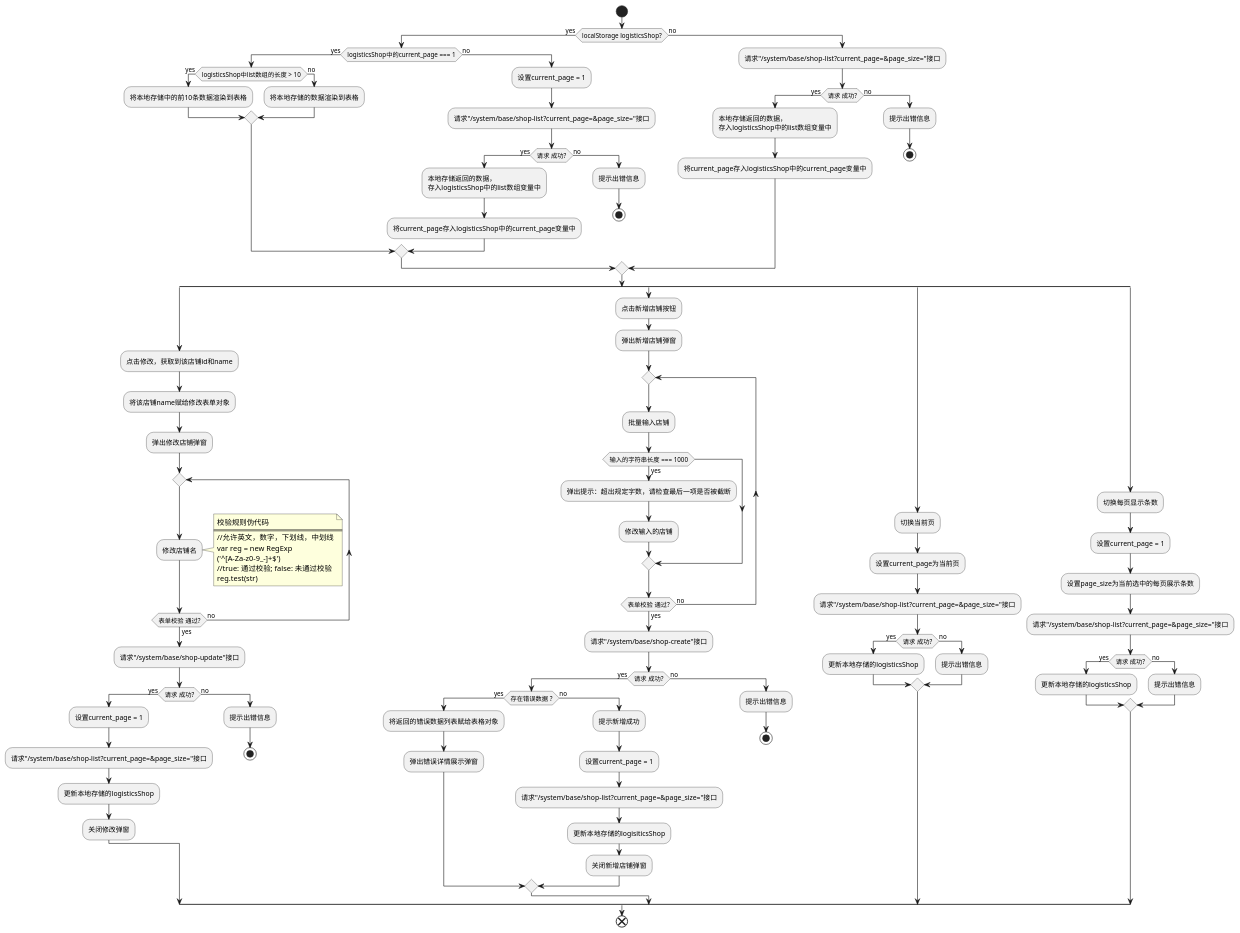
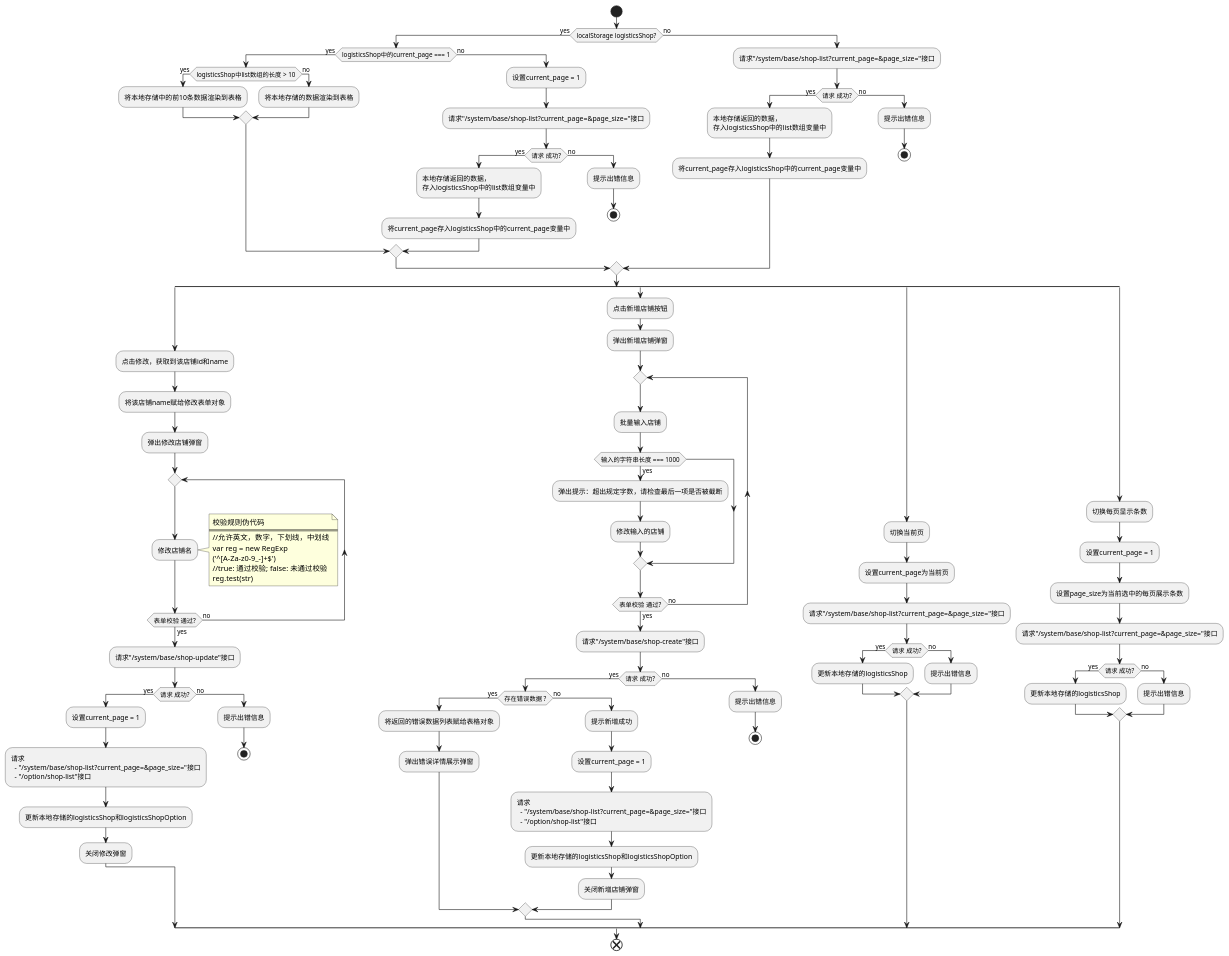
The diagram in docs/development-flow-diagram.puml/system/get-shop-list.puml (futurekidult/lis), drawn with PlantUML before and after one commit. The commit also changed 9 other files, not shown here.

```diff
--- a/docs/development-flow-diagram.puml/system/get-shop-list.puml
+++ b/docs/development-flow-diagram.puml/system/get-shop-list.puml
@@ -1,108 +1,112 @@
 @startuml
 
 start
 if(localStorage logisticsShop?) then (yes)
   if(logisticsShop中的current_page === 1) then (yes)
     if(logisticsShop中list数组的长度 > 10) then (yes)
       :将本地存储中的前10条数据渲染到表格;
     else (no)
       :将本地存储的数据渲染到表格;
     endif
   else (no)
     :设置current_page = 1;
     :请求"/system/base/shop-list?current_page=&page_size="接口;
     if(请求 成功?) then (yes)
       :本地存储返回的数据，
       存入logisticsShop中的list数组变量中;
       :将current_page存入logisticsShop中的current_page变量中;
     else (no)
       :提示出错信息;
       stop
     endif
   endif
 else (no)
   :请求"/system/base/shop-list?current_page=&page_size="接口;
   if(请求 成功?) then (yes)
      :本地存储返回的数据，
     存入logisticsShop中的list数组变量中;
     :将current_page存入logisticsShop中的current_page变量中;
   else (no)
     :提示出错信息;
     stop
   endif
 endif
 split
   :点击修改，获取到该店铺id和name;
   :将该店铺name赋给修改表单对象;
   :弹出修改店铺弹窗;
   repeat
     :修改店铺名;
   repeat while(表单校验 通过?) is (no) not (yes)
   note right 
     校验规则伪代码
     ====
     //允许英文，数字，下划线，中划线
     var reg = new RegExp
     ('^[A-Za-z0-9_-]+$')  
     //true: 通过校验; false: 未通过校验
     reg.test(str)  
   end note
   :请求"/system/base/shop-update"接口;
   if(请求 成功?) then (yes)
     :设置current_page = 1;
-    :请求"/system/base/shop-list?current_page=&page_size="接口;
-    :更新本地存储的logisticsShop;
+    :请求
+      - "/system/base/shop-list?current_page=&page_size="接口
+      - "/option/shop-list"接口;
+    :更新本地存储的logisticsShop和logisticsShopOption;
     :关闭修改弹窗;
   else (no)
     :提示出错信息;
     stop
   endif 
 split again
   :点击新增店铺按钮;
   :弹出新增店铺弹窗;
   repeat
     :批量输入店铺;
     if(输入的字符串长度 === 1000) then (yes)
       :弹出提示：超出规定字数，请检查最后一项是否被截断;
       :修改输入的店铺;
     endif
   repeat while(表单校验 通过?) is (no) not (yes)
   :请求"/system/base/shop-create"接口;
   if(请求 成功?) then (yes)
     if(存在错误数据 ?) then (yes)
       :将返回的错误数据列表赋给表格对象;
       :弹出错误详情展示弹窗;
     else (no)
       :提示新增成功;
       :设置current_page = 1;
-      :请求"/system/base/shop-list?current_page=&page_size="接口;
-      :更新本地存储的logisiticsShop;
+      :请求
+        - "/system/base/shop-list?current_page=&page_size="接口
+        - "/option/shop-list"接口;
+      :更新本地存储的logisticsShop和logisticsShopOption;
       :关闭新增店铺弹窗;
     endif
   else (no)
     :提示出错信息;
     stop
   endif
 split again
   :切换当前页;
   :设置current_page为当前页;
   :请求"/system/base/shop-list?current_page=&page_size="接口;
   if(请求 成功?) then (yes)
     :更新本地存储的logisticsShop;
   else (no)
     :提示出错信息;
   endif
 split again 
   :切换每页显示条数;
   :设置current_page = 1;
   :设置page_size为当前选中的每页展示条数;
   :请求"/system/base/shop-list?current_page=&page_size="接口;
   if(请求 成功?) then (yes)
     :更新本地存储的logisticsShop;
   else (no)
     :提示出错信息;
   endif
 end split
 end
 
 @enduml
```
